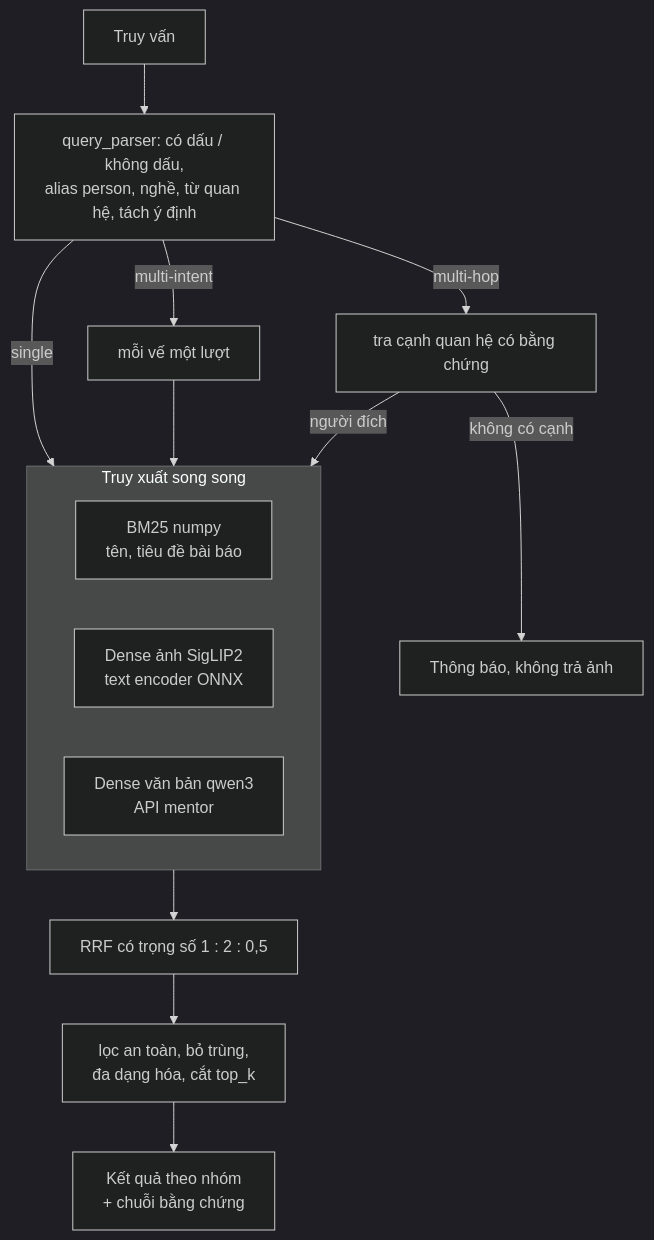
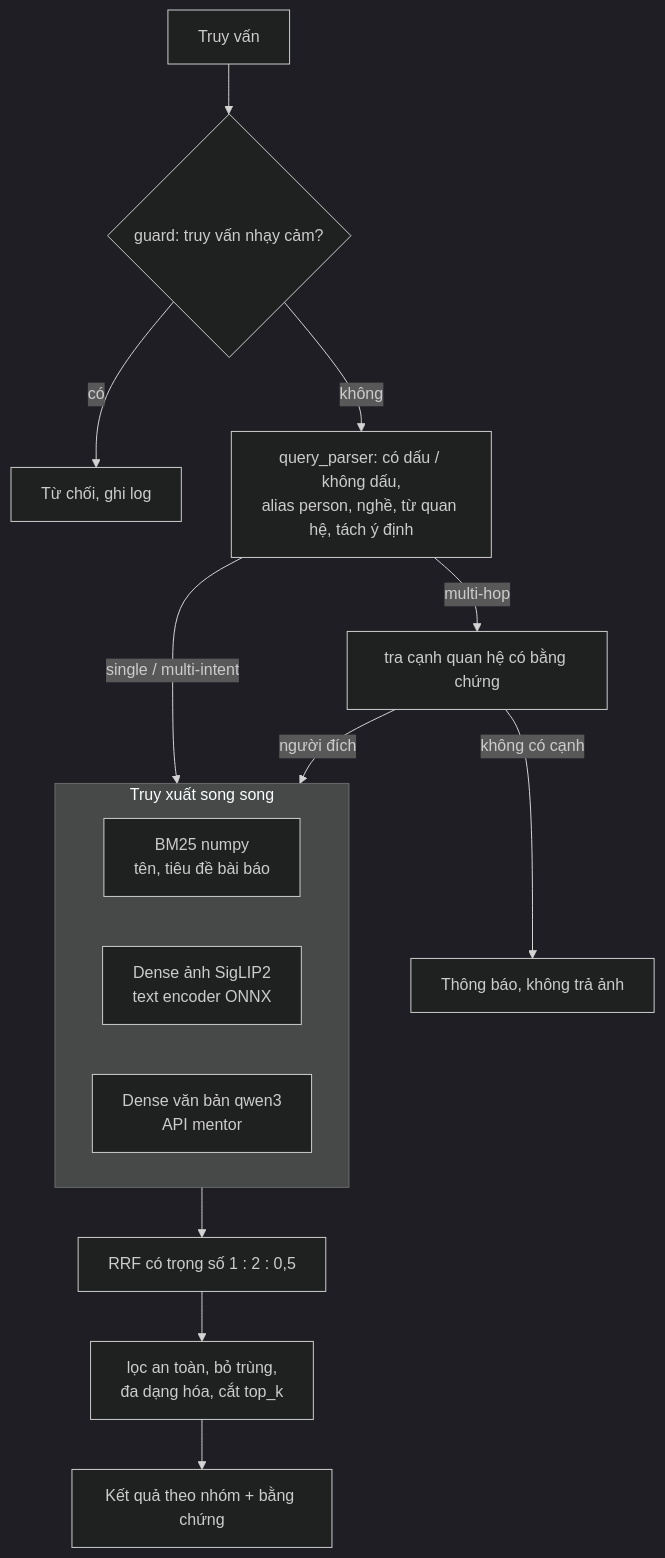
One commit to dkvippro2k5/img-search-system changed the first of 2 diagrams in README.md. Above: the diagram before and after it, drawn with Mermaid (dark theme). The commit also changed other lines of this file, not shown here.

````diff
--- a/README.md
+++ b/README.md
@@ -45,17 +51,18 @@
 ```mermaid
 flowchart TD
-    Q[Truy vấn] --> P["query_parser: có dấu / không dấu,<br/>alias person, nghề, từ quan hệ, tách ý định"]
-    P -->|single| R
-    P -->|multi-intent| MI[mỗi vế một lượt] --> R
+    Q[Truy vấn] --> G{guard: truy vấn nhạy cảm?}
+    G -->|có| REF[Từ chối, ghi log]
+    G -->|không| P["query_parser: có dấu / không dấu,<br/>alias person, nghề, từ quan hệ, tách ý định"]
+    P -->|single / multi-intent| R
     P -->|multi-hop| KG["tra cạnh quan hệ có bằng chứng"]
     KG -->|không có cạnh| NO[Thông báo, không trả ảnh]
     KG -->|người đích| R
     subgraph R[Truy xuất song song]
         B[BM25 numpy<br/>tên, tiêu đề bài báo]
         D["Dense ảnh SigLIP2<br/>text encoder ONNX"]
         T["Dense văn bản qwen3<br/>API mentor"]
     end
     R --> F["RRF có trọng số 1 : 2 : 0,5"]
     F --> H["lọc an toàn, bỏ trùng,<br/>đa dạng hóa, cắt top_k"]
-    H --> OUT["Kết quả theo nhóm<br/>+ chuỗi bằng chứng"]
+    H --> OUT["Kết quả theo nhóm + bằng chứng"]
 ```
````
